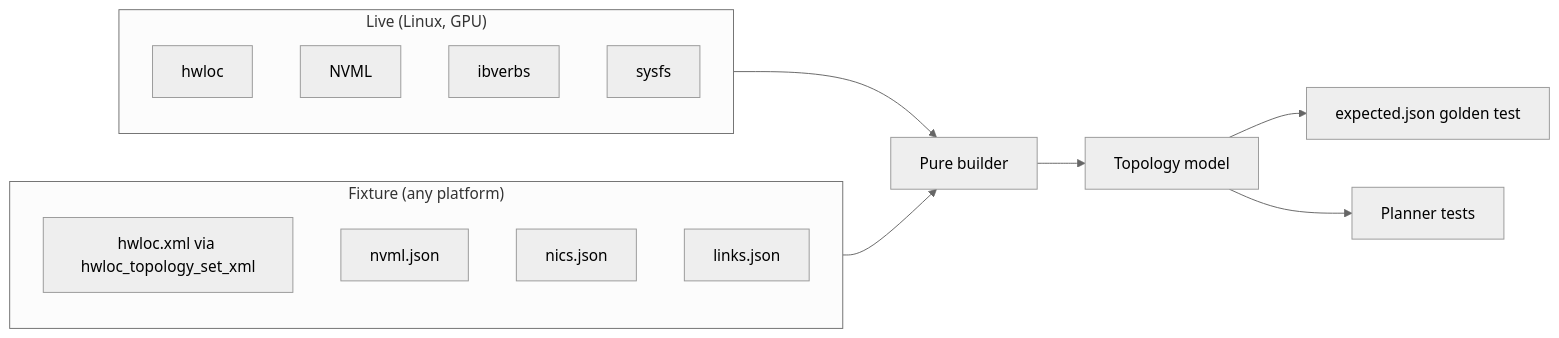
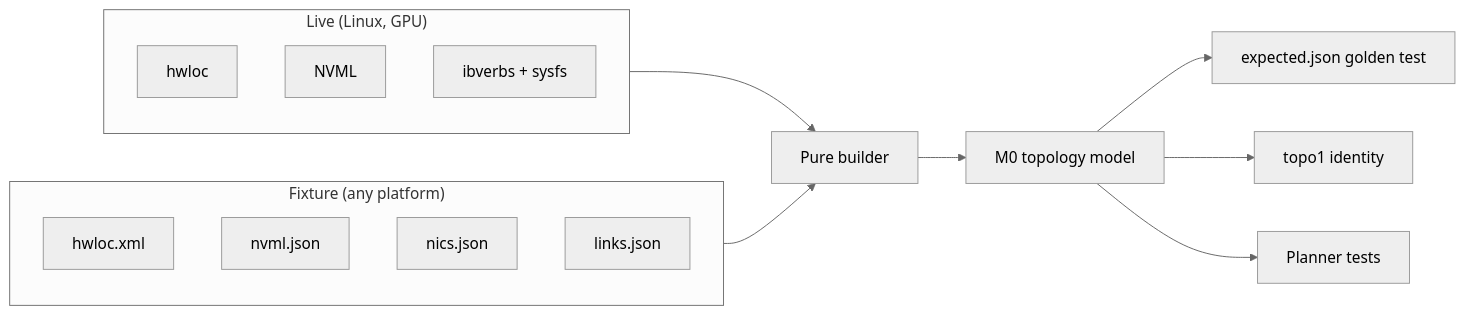
The diagram in docs/rfcs/0003-topology-fixtures.md (OstiaHQ/ostia), drawn with Mermaid (neutral theme) before and after one commit. The commit also changed other lines of this file, not shown here.

````diff
--- a/docs/rfcs/0003-topology-fixtures.md
+++ b/docs/rfcs/0003-topology-fixtures.md
@@ -126,20 +276,20 @@
 ```mermaid
 graph LR
     subgraph Live["Live (Linux, GPU)"]
         H[hwloc]
         N[NVML]
-        I[ibverbs]
-        S[sysfs]
+        I[ibverbs + sysfs]
     end
     subgraph Fixture["Fixture (any platform)"]
-        HX[hwloc.xml via hwloc_topology_set_xml]
+        HX[hwloc.xml]
         NJ[nvml.json]
         IJ[nics.json]
         LJ[links.json]
     end
     Live --> B[Pure builder]
     Fixture --> B
-    B --> T[Topology model]
+    B --> T[M0 topology model]
     T --> G[expected.json golden test]
+    T --> ID[topo1 identity]
     T --> P[Planner tests]
 ```
````
